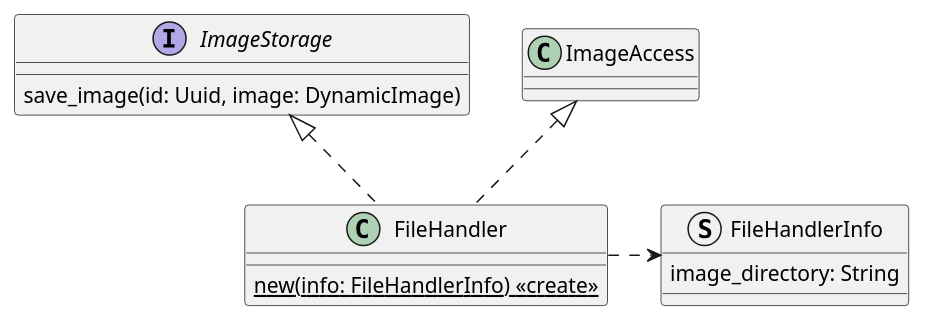
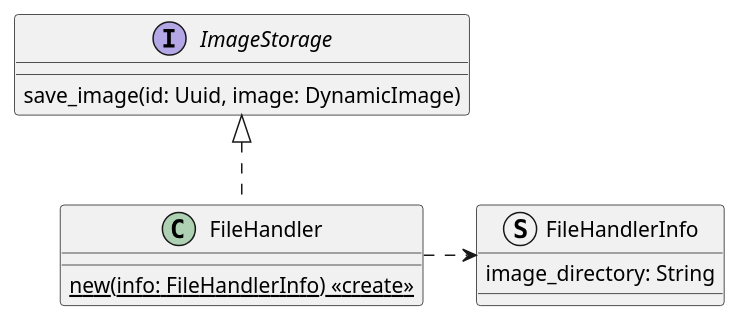
The diagram in doc/uml/local_image_extension/FileHandler.puml (kronos-et-al/MensaApp), drawn with PlantUML before and after one commit. The commit also changed 1 other file, not shown here.

```diff
--- a/doc/uml/local_image_extension/FileHandler.puml
+++ b/doc/uml/local_image_extension/FileHandler.puml
@@ -1,21 +1,19 @@
 @startuml
 
 interface ImageStorage {
     save_image(id: Uuid, image: DynamicImage)
 }
 
 class FileHandler {
     {static} new(info: FileHandlerInfo) <<create>>
 }
 
 struct FileHandlerInfo {
     image_directory: String
 }
 
 FileHandler .> FileHandlerInfo
 
-
-FileHandler .u.|> ImageAccess
 FileHandler .u.|> ImageStorage
 
 @enduml
```
